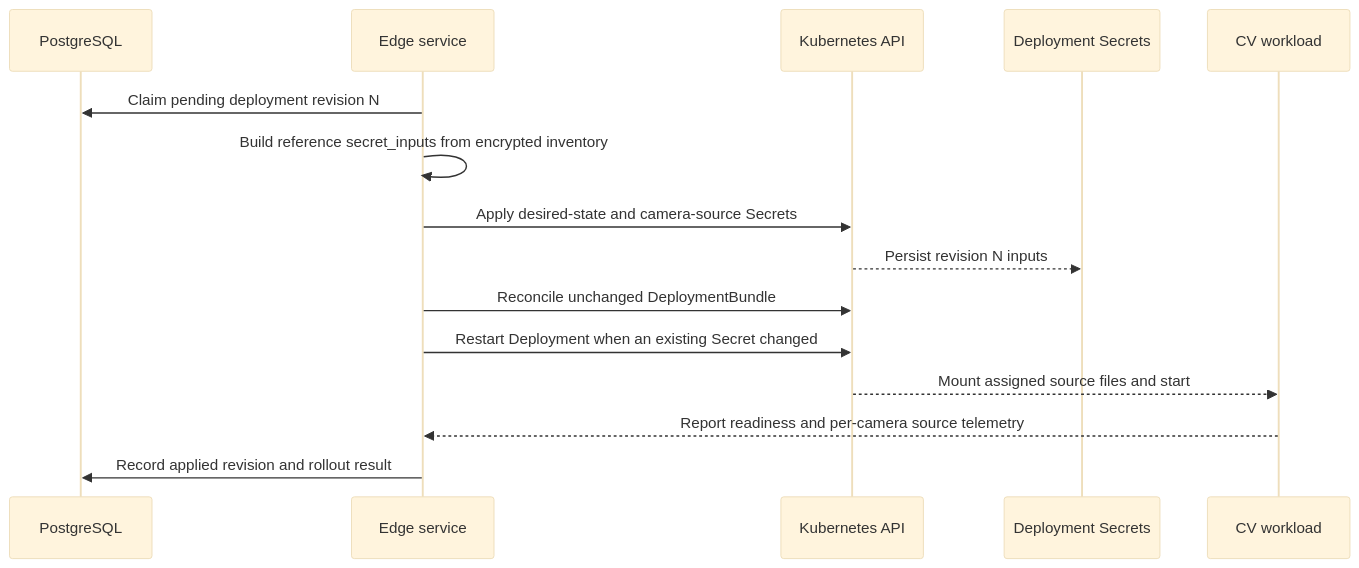
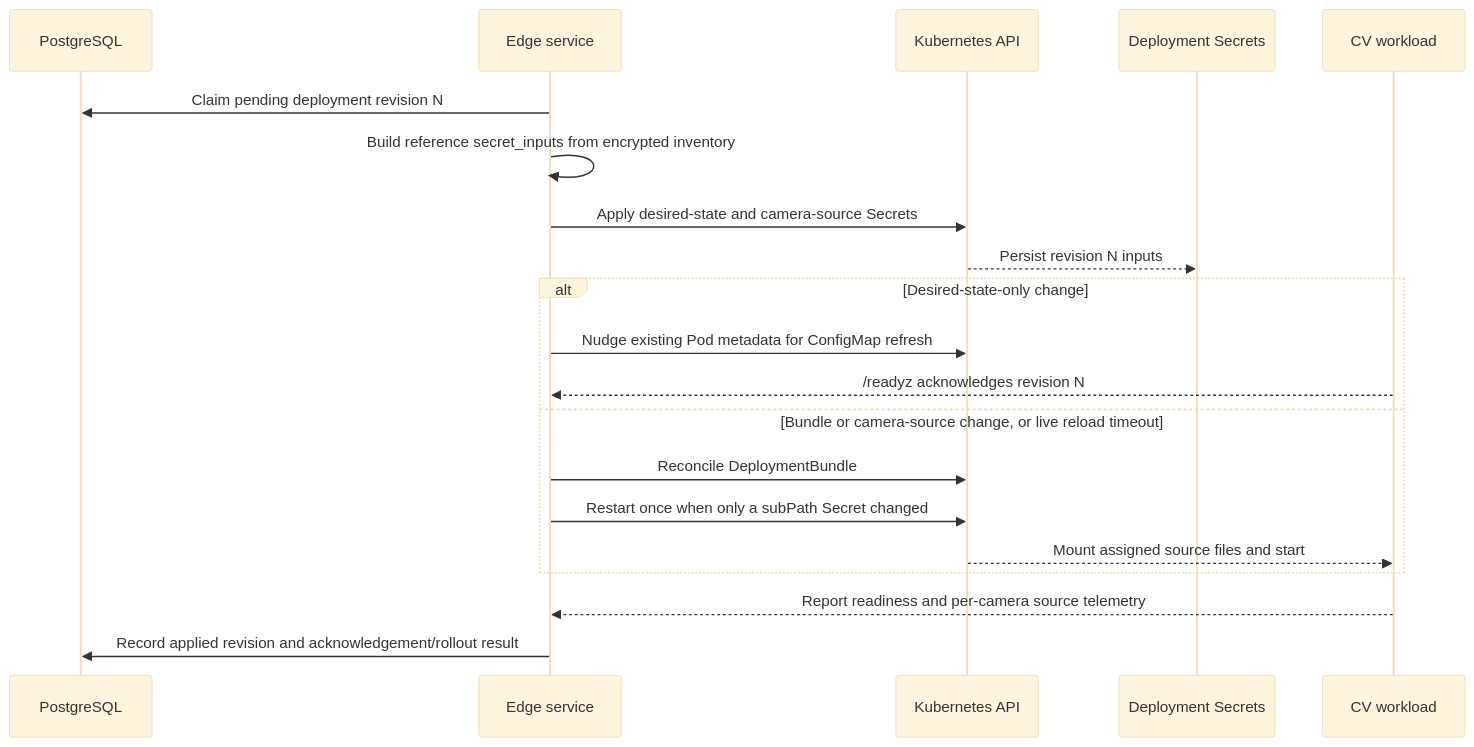
One commit to sayandip-apexflo/tvt-prototype changed the third of 4 diagrams in LLD_PLAN.md. Above: the diagram before and after it, drawn with Mermaid (base theme). The commit also changed other lines of this file and 12 other files, not shown here.

````diff
--- a/LLD_PLAN.md
+++ b/LLD_PLAN.md
@@ -526,18 +537,23 @@
 ```mermaid
 sequenceDiagram
     participant DB as PostgreSQL
     participant Edge as Edge service
     participant API as Kubernetes API
     participant Secret as Deployment Secrets
     participant Pod as CV workload
 
     Edge->>DB: Claim pending deployment revision N
     Edge->>Edge: Build reference secret_inputs from encrypted inventory
     Edge->>API: Apply desired-state and camera-source Secrets
     API-->>Secret: Persist revision N inputs
-    Edge->>API: Reconcile unchanged DeploymentBundle
-    Edge->>API: Restart Deployment when an existing Secret changed
-    API-->>Pod: Mount assigned source files and start
+    alt Desired-state-only change
+        Edge->>API: Nudge existing Pod metadata for ConfigMap refresh
+        Pod-->>Edge: /readyz acknowledges revision N
+    else Bundle or camera-source change, or live reload timeout
+        Edge->>API: Reconcile DeploymentBundle
+        Edge->>API: Restart once when only a subPath Secret changed
+        API-->>Pod: Mount assigned source files and start
+    end
     Pod-->>Edge: Report readiness and per-camera source telemetry
-    Edge->>DB: Record applied revision and rollout result
+    Edge->>DB: Record applied revision and acknowledgement/rollout result
 ```
````
